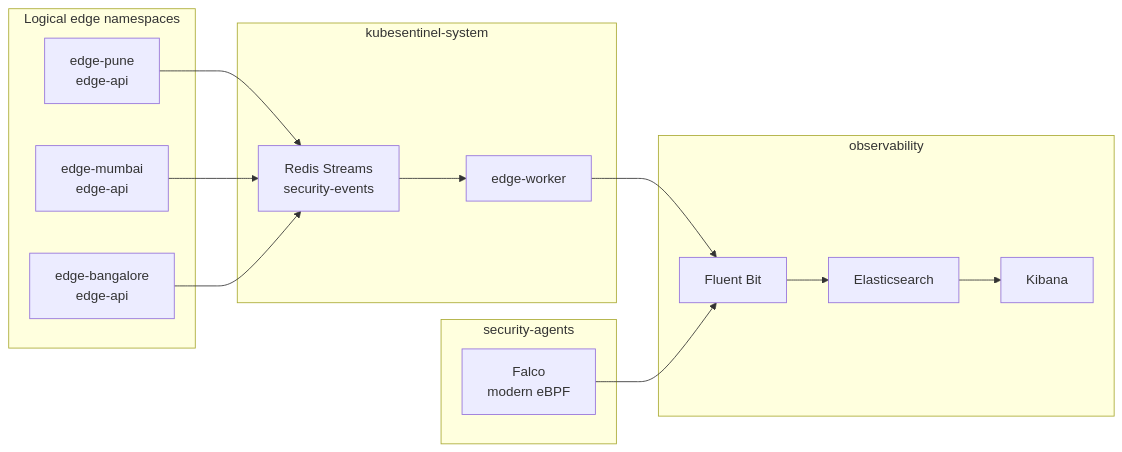
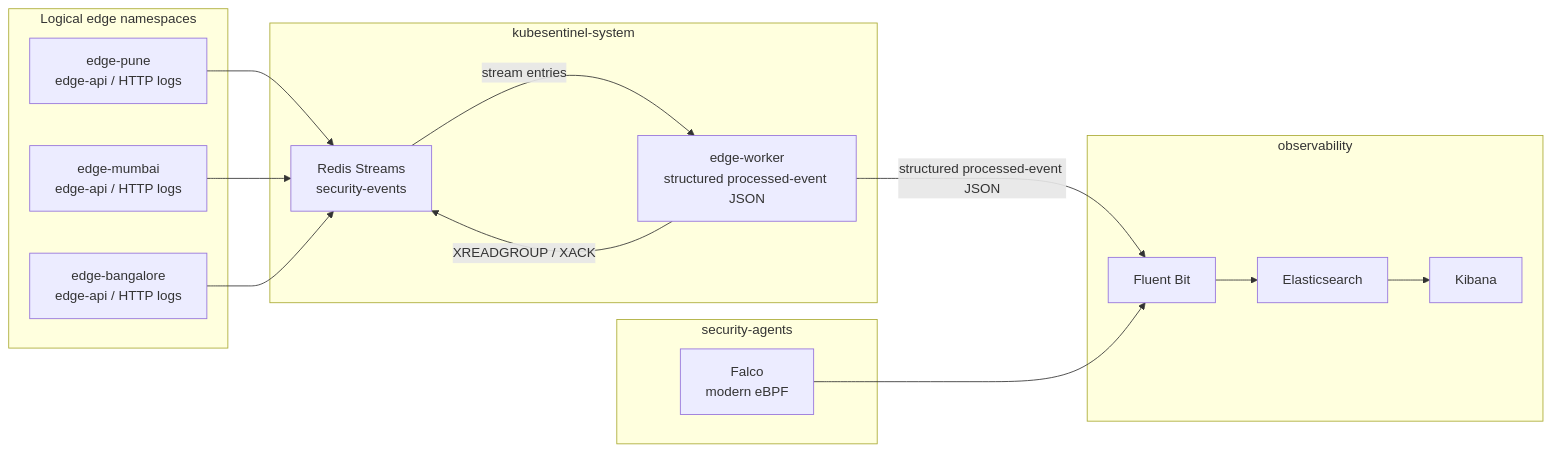
The first of 2 diagrams in README.md (dedsec-terminal/KubeSentinel), drawn with Mermaid before and after one commit. The commit also changed other lines of this file and 14 other files, not shown here.

Commit message:
docs: refine project terminology and architecture accuracy

````diff
--- a/README.md
+++ b/README.md
@@ -30,32 +29,33 @@
 ```mermaid
 flowchart LR
     subgraph Edge["Logical edge namespaces"]
-        P["edge-pune<br/>edge-api"]
-        M["edge-mumbai<br/>edge-api"]
-        B["edge-bangalore<br/>edge-api"]
+        P["edge-pune<br/>edge-api / HTTP logs"]
+        M["edge-mumbai<br/>edge-api / HTTP logs"]
+        B["edge-bangalore<br/>edge-api / HTTP logs"]
     end
 
     subgraph Core["kubesentinel-system"]
         R["Redis Streams<br/>security-events"]
-        W["edge-worker"]
+        W["edge-worker<br/>structured processed-event JSON"]
     end
 
     subgraph Observability["observability"]
         FB["Fluent Bit"]
         ES["Elasticsearch"]
         KB["Kibana"]
     end
 
     subgraph Runtime["security-agents"]
         F["Falco<br/>modern eBPF"]
     end
 
     P --> R
     M --> R
     B --> R
-    R --> W
-    W --> FB
+    W -->|XREADGROUP / XACK| R
+    R -->|stream entries| W
+    W -->|structured processed-event JSON| FB
     F --> FB
     FB --> ES
     ES --> KB
 ```
````
